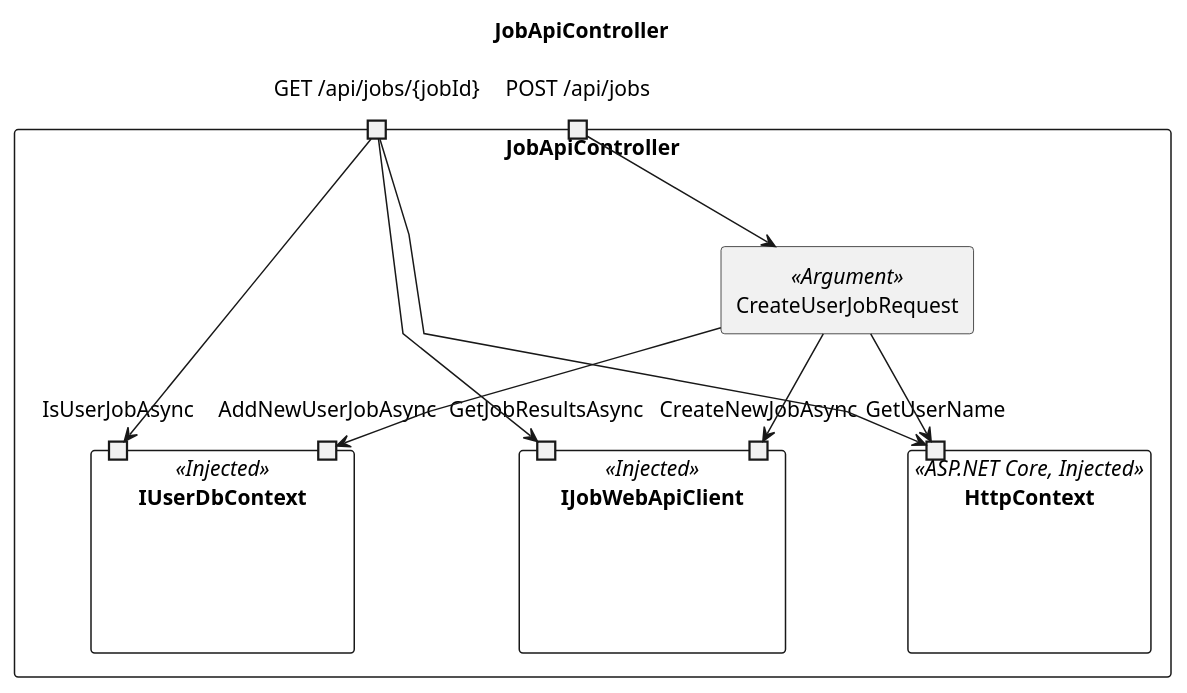
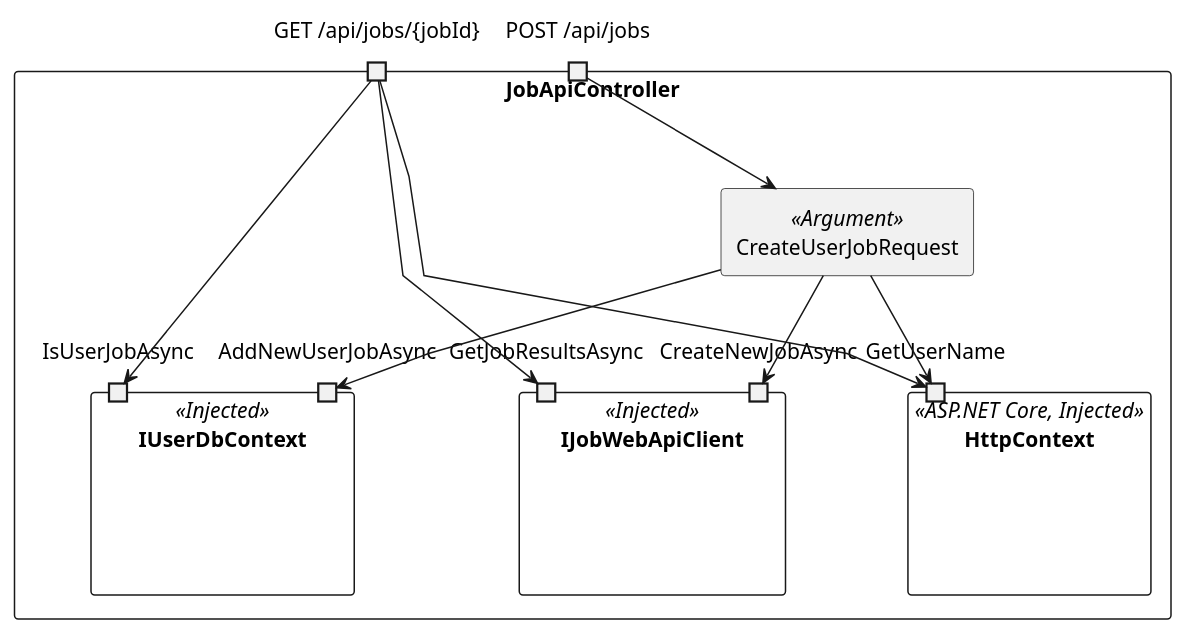
One commit to mrypdm/JobSystem changed the second of 2 diagrams in docs/diagrams/structure/User.WebApp.puml. Above: the diagram before and after it, drawn with PlantUML. The commit also changed other lines of this file and 8 other files, not shown here.

```diff
--- a/docs/diagrams/structure/User.WebApp.puml
+++ b/docs/diagrams/structure/User.WebApp.puml
@@ -54,35 +52,33 @@
 @startuml JobApiController
 skinparam componentStyle rectangle
 skinparam linetype polyline
-
-title JobApiController
 
 component JobApiController {
     component IUserDbContext << Injected >> {
         portin AddNewUserJobAsync
         portin IsUserJobAsync
     }
 
     component IJobWebApiClient << Injected >> {
         portin CreateNewJobAsync as back_CreateNewJobAsync
         portin GetJobResultsAsync as back_GetJobResultsAsync
     }
 
     component HttpContext << ASP.NET Core, Injected >> {
         portin GetUserName
     }
 
     portin "GET /api/jobs/{jobId}" as GetUserJobResultsAsync
     GetUserJobResultsAsync --> GetUserName
     GetUserJobResultsAsync --> IsUserJobAsync
     GetUserJobResultsAsync --> back_GetJobResultsAsync
 
     portin "POST /api/jobs" as CreateNewJobAsync
     [CreateUserJobRequest] << Argument >>
     CreateNewJobAsync --> CreateUserJobRequest
     CreateUserJobRequest --> back_CreateNewJobAsync
     CreateUserJobRequest --> AddNewUserJobAsync
     CreateUserJobRequest --> GetUserName
 }
 
 @enduml
```
